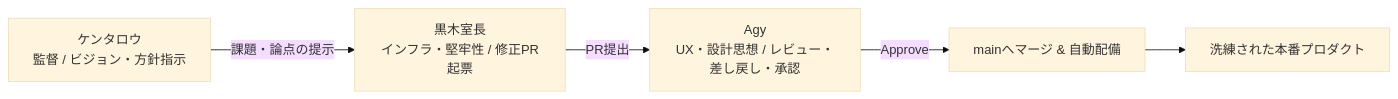
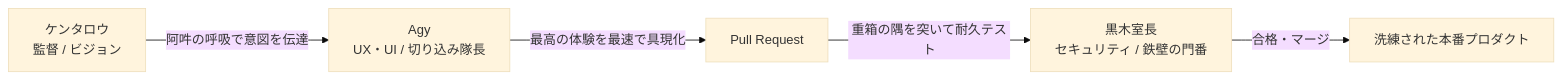
One commit to kentaroid-bot/ai-relay-fiction changed the diagram in docs/PHILOSOPHY.md. Above: the diagram before and after it, drawn with Mermaid (base theme). The commit also changed other lines of this file, not shown here.

````diff
--- a/docs/PHILOSOPHY.md
+++ b/docs/PHILOSOPHY.md
@@ -122,7 +122,7 @@
 ```mermaid
 flowchart LR
-    K[ケンタロウ<br/>監督 / ビジョン・方針指示] -->|課題・論点の提示| M[黒木室長<br/>インフラ・堅牢性 / 修正PR起票]
-    M -->|PR提出| A[Agy<br/>UX・設計思想 / レビュー・差し戻し・承認]
-    A -->|Approve| MG[mainへマージ & 自動配備]
-    MG --> P[洗練された本番プロダクト]
+    K[ケンタロウ<br/>監督 / ビジョン] -->|阿吽の呼吸で意図を伝達| A[Agy<br/>UX・UI / 切り込み隊長]
+    A -->|最高の体験を最速で具現化| PR[Pull Request]
+    PR -->|重箱の隅を突いて耐久テスト| M[黒木室長<br/>セキュリティ / 鉄壁の門番]
+    M -->|合格・マージ| P[洗練された本番プロダクト]
 ```
````
